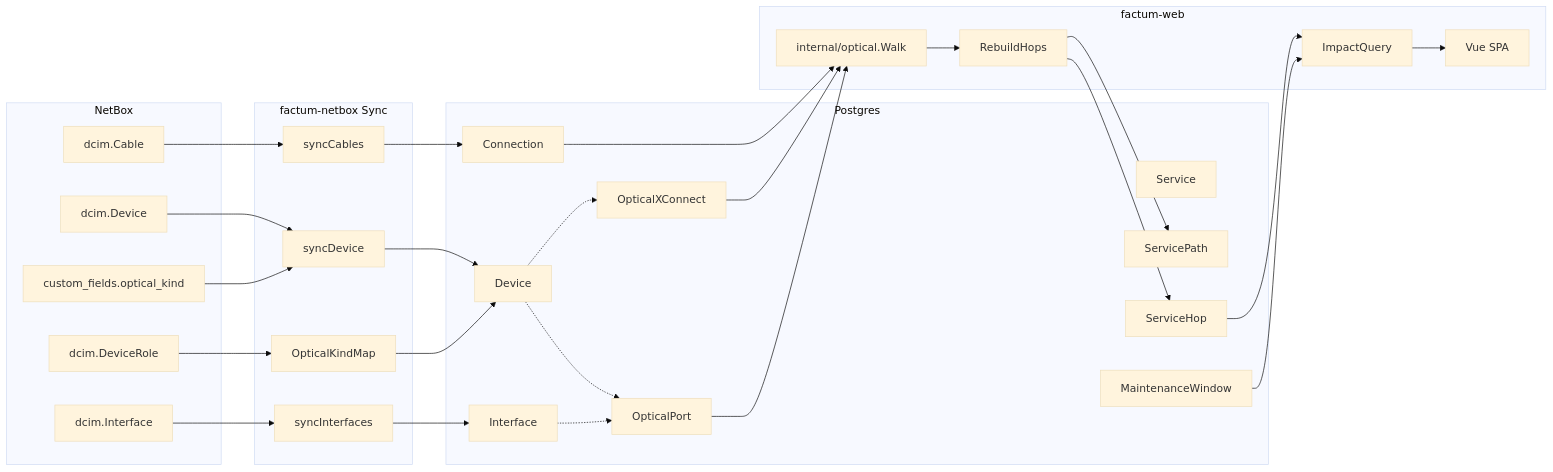
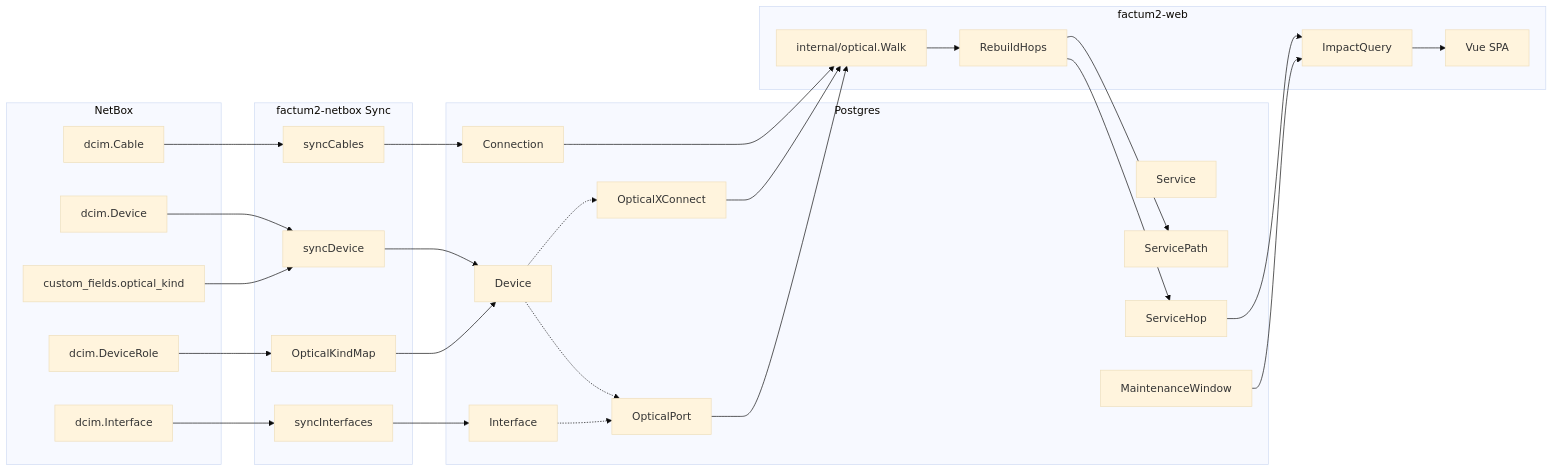
The first of 3 diagrams in docs/wdm-roadm-optical-model.md (abundo/factum2), drawn with Mermaid (base theme) before and after one commit. The commit also changed other lines of this file and 60 other files, not shown here.

````diff
--- a/docs/wdm-roadm-optical-model.md
+++ b/docs/wdm-roadm-optical-model.md
@@ -132,58 +132,58 @@
 ```mermaid
 flowchart LR
   subgraph netbox [NetBox]
     Dev[dcim.Device]
     Iface[dcim.Interface]
     Cable[dcim.Cable]
     Role[dcim.DeviceRole]
     CF["custom_fields.optical_kind"]
   end
 
-  subgraph factumSync [factum-netbox Sync]
+  subgraph factumSync [factum2-netbox Sync]
     syncDev[syncDevice]
     syncIf[syncInterfaces]
     syncCab[syncCables]
     kindMap[OpticalKindMap]
   end
 
   subgraph factumDB [Postgres]
     Device
     Interface
     Connection
     OpticalPort
     OpticalXConnect
     Service
     ServicePath
     ServiceHop
     Maint[MaintenanceWindow]
   end
 
-  subgraph factumApp [factum-web]
+  subgraph factumApp [factum2-web]
     Trace[internal/optical.Walk]
     Hops[RebuildHops]
     Impact[ImpactQuery]
     UI[Vue SPA]
   end
 
   Dev --> syncDev
   Role --> kindMap
   CF --> syncDev
   Iface --> syncIf
   Cable --> syncCab
   syncDev --> Device
   kindMap --> Device
   syncIf --> Interface
   syncCab --> Connection
   Device -.-> OpticalPort
   Interface -.-> OpticalPort
   Device -.-> OpticalXConnect
   Connection --> Trace
   OpticalXConnect --> Trace
   OpticalPort --> Trace
   Trace --> Hops
   Hops --> ServicePath
   Hops --> ServiceHop
   ServiceHop --> Impact
   Maint --> Impact
   Impact --> UI
 ```
````
